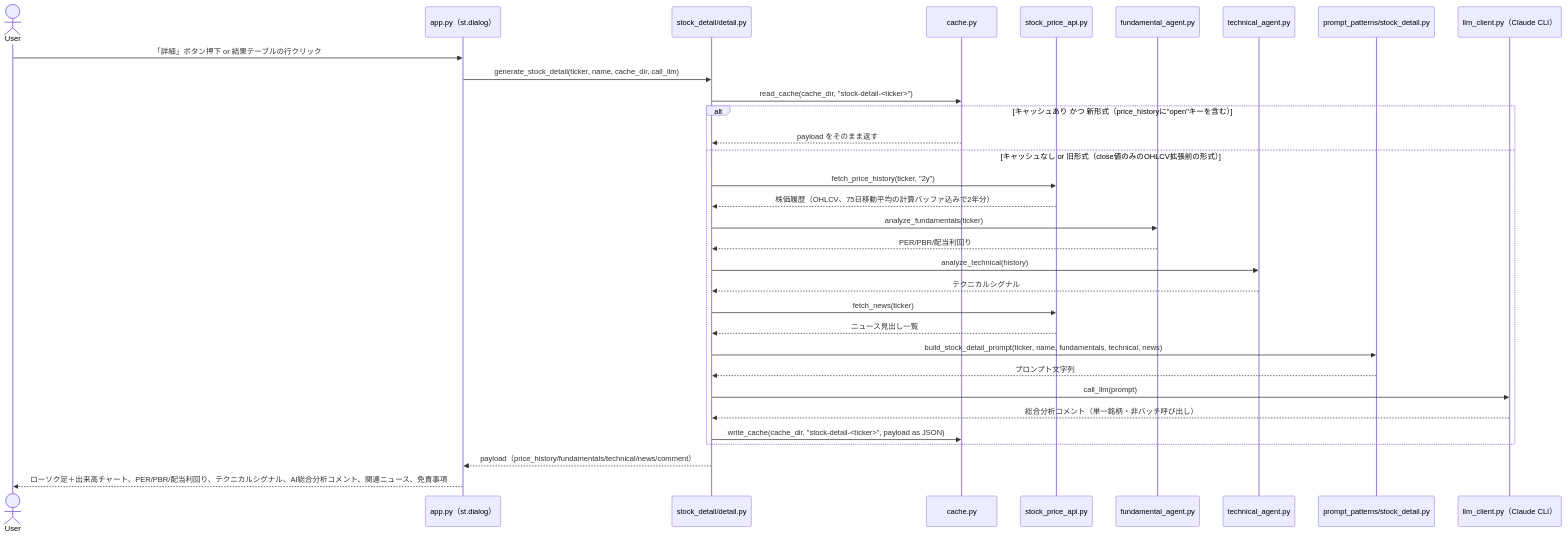
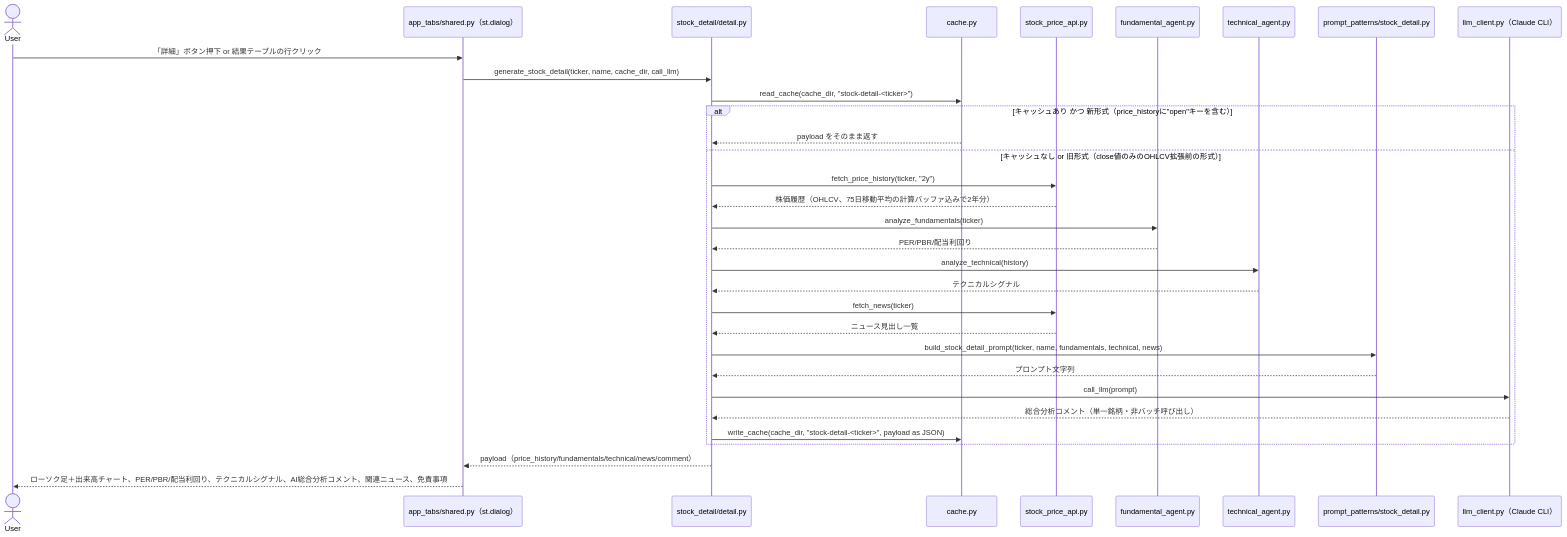
The eighth of 8 diagrams in app/docs/app-design.md (duwenji/ai-stock-investing-tutorial), drawn with Mermaid before and after one commit. The commit also changed other lines of this file and 14 other files, not shown here.

First line of the commit message:
Split app.py's per-tab logic into app_tabs modules

````diff
--- a/app/docs/app-design.md
+++ b/app/docs/app-design.md
@@ -519,35 +693,35 @@
 ```mermaid
 sequenceDiagram
     actor User
-    participant UI as app.py（st.dialog）
+    participant UI as app_tabs/shared.py（st.dialog）
     participant Detail as stock_detail/detail.py
     participant Cache as cache.py
     participant PriceAPI as stock_price_api.py
     participant Fund as fundamental_agent.py
     participant Tech as technical_agent.py
     participant DetailP as prompt_patterns/stock_detail.py
     participant LLM as llm_client.py（Claude CLI）
 
     User->>UI: 「詳細」ボタン押下 or 結果テーブルの行クリック
     UI->>Detail: generate_stock_detail(ticker, name, cache_dir, call_llm)
     Detail->>Cache: read_cache(cache_dir, "stock-detail-<ticker>")
     alt キャッシュあり かつ 新形式（price_historyに"open"キーを含む）
         Cache-->>Detail: payload をそのまま返す
     else キャッシュなし or 旧形式（close値のみのOHLCV拡張前の形式）
         Detail->>PriceAPI: fetch_price_history(ticker, "2y")
         PriceAPI-->>Detail: 株価履歴（OHLCV、75日移動平均の計算バッファ込みで2年分）
         Detail->>Fund: analyze_fundamentals(ticker)
         Fund-->>Detail: PER/PBR/配当利回り
         Detail->>Tech: analyze_technical(history)
         Tech-->>Detail: テクニカルシグナル
         Detail->>PriceAPI: fetch_news(ticker)
         PriceAPI-->>Detail: ニュース見出し一覧
         Detail->>DetailP: build_stock_detail_prompt(ticker, name, fundamentals, technical, news)
         DetailP-->>Detail: プロンプト文字列
         Detail->>LLM: call_llm(prompt)
         LLM-->>Detail: 総合分析コメント（単一銘柄・非バッチ呼び出し）
         Detail->>Cache: write_cache(cache_dir, "stock-detail-<ticker>", payload as JSON)
     end
     Detail-->>UI: payload（price_history/fundamentals/technical/news/comment）
     UI-->>User: ローソク足＋出来高チャート、PER/PBR/配当利回り、テクニカルシグナル、AI総合分析コメント、関連ニュース、免責事項
 ```
````
